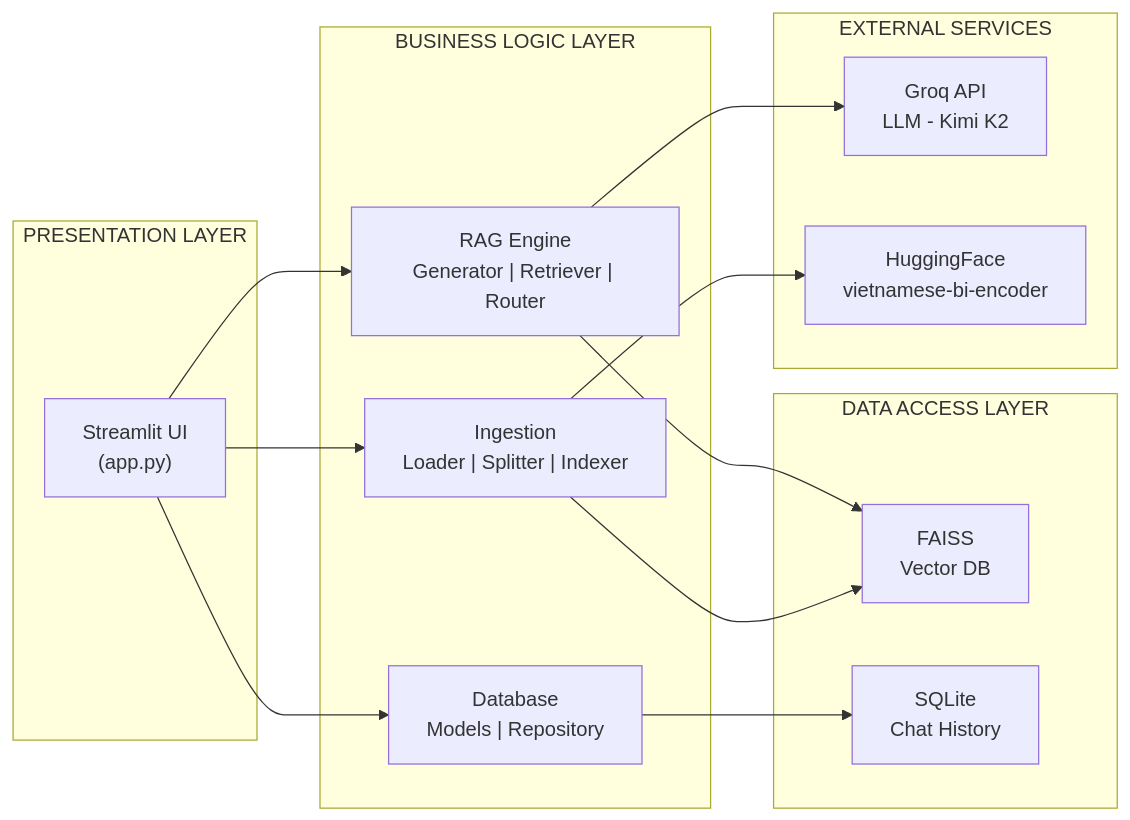
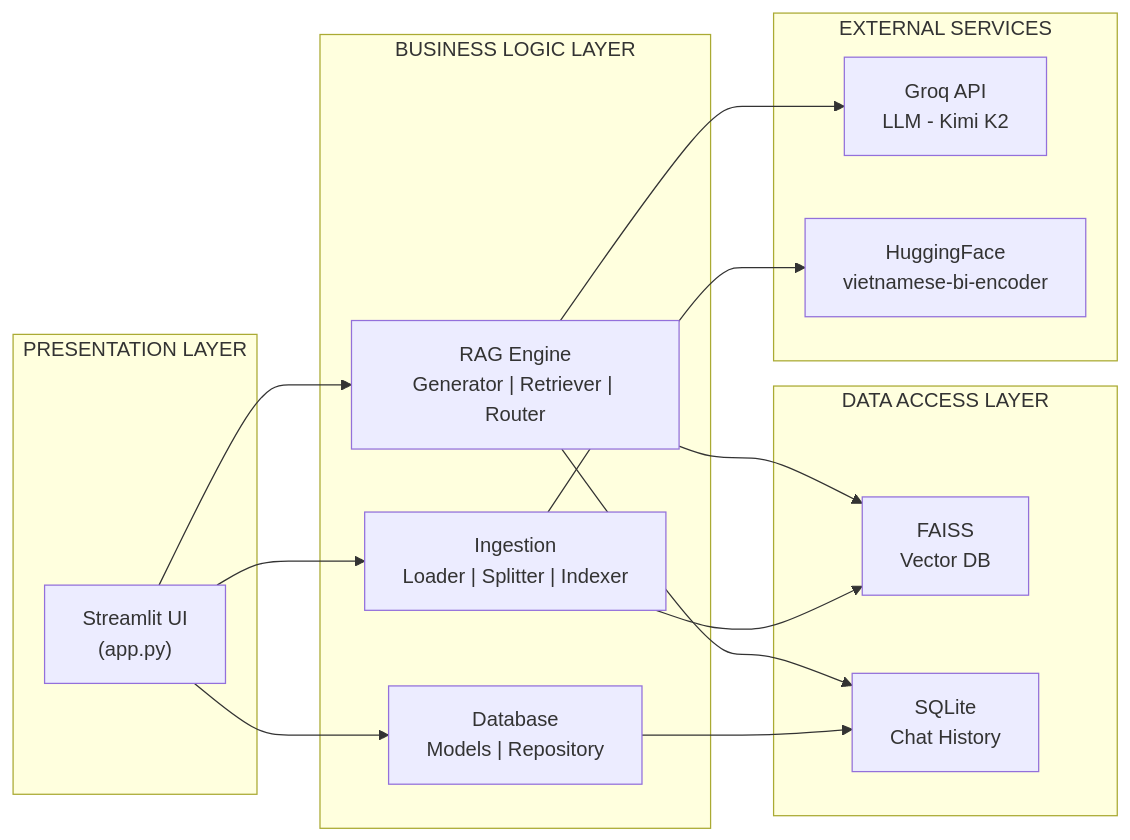
Before and after one commit to doananhhung/chat-bot-law: the first of 2 diagrams in presentation_slides/pages/member1.md, drawn with Mermaid. The commit also changed 3 other files, not shown here.

````diff
--- a/presentation_slides/pages/member1.md
+++ b/presentation_slides/pages/member1.md
@@ -82,31 +82,32 @@
 ```mermaid
 flowchart LR
     subgraph Presentation["PRESENTATION LAYER"]
         UI[" Streamlit UI<br/>(app.py)"]
     end
     
     subgraph Business["BUSINESS LOGIC LAYER"]
         RAG[" RAG Engine<br/>Generator | Retriever | Router"]
         ING[" Ingestion<br/>Loader | Splitter | Indexer"]
         DB[" Database<br/>Models | Repository"]
     end
     
     subgraph Data["DATA ACCESS LAYER"]
         FAISS[" FAISS<br/>Vector DB"]
         SQLite[" SQLite<br/>Chat History"]
     end
     
     subgraph External["EXTERNAL SERVICES"]
         Groq[" Groq API<br/>LLM - Kimi K2"]
         HF[" HuggingFace<br/>vietnamese-bi-encoder"]
     end
     
     UI --> RAG
     UI --> ING
     UI --> DB
     RAG --> FAISS
     RAG --> Groq
+    RAG --> SQLite
     ING --> FAISS
     ING --> HF
     DB --> SQLite
 ```
````
